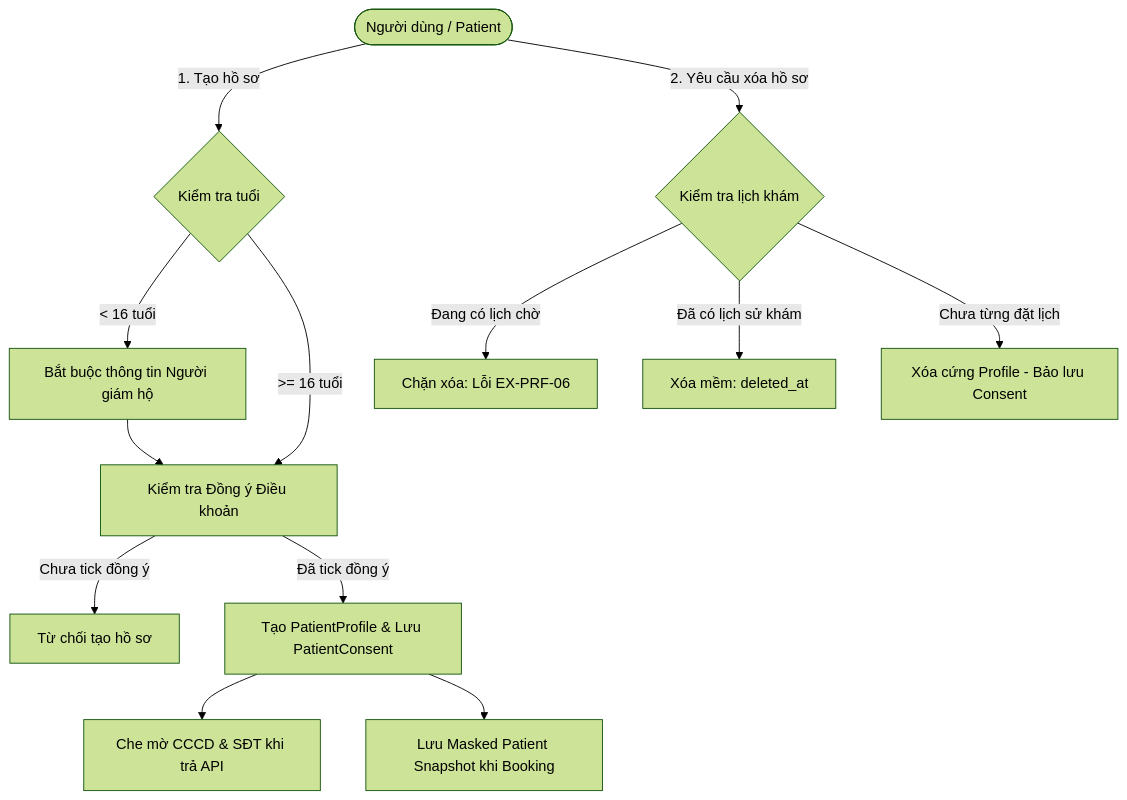
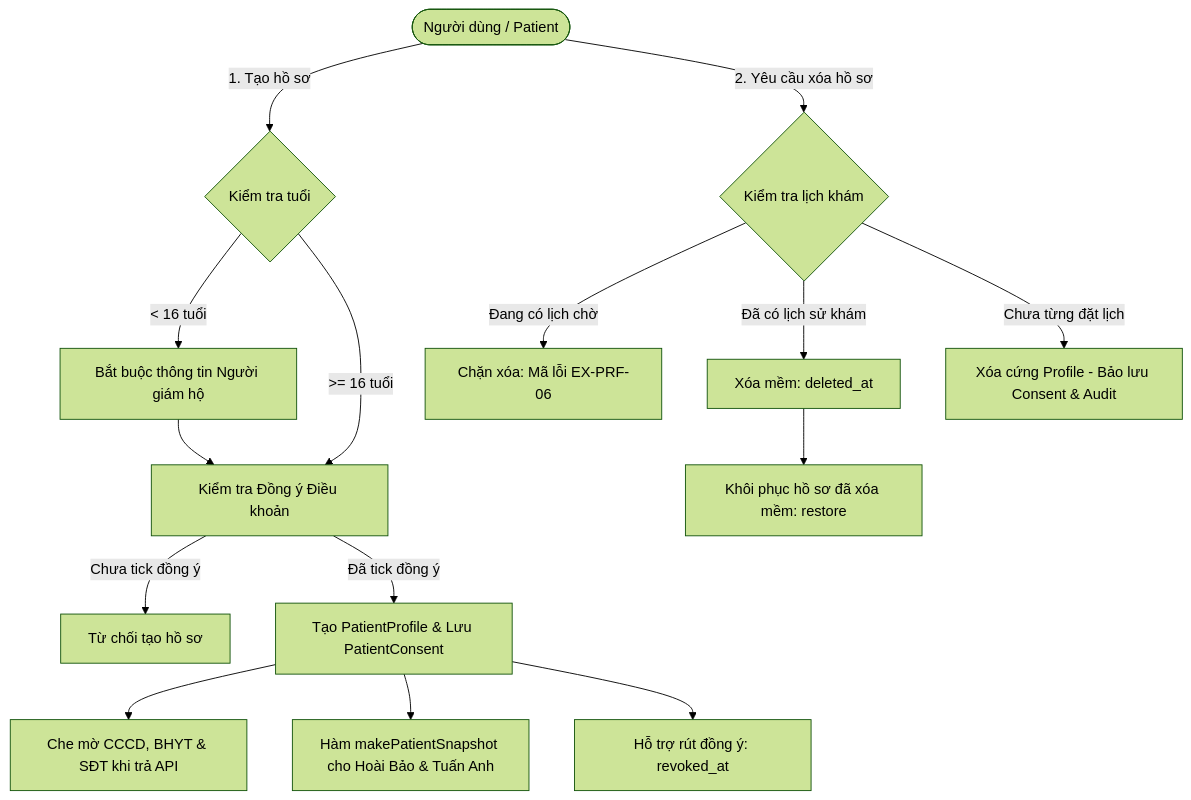
The diagram in web/project/sprint 4/README.md (snowflake-vibing/KnowledgeLibrary), drawn with Mermaid (forest theme) before and after one commit. The commit also changed other lines of this file and 4 other files, not shown here.

Commit message:
docs(sprint4): align documentation with Sprint 4 requirement and ERD v1.1 PDFs

````diff
--- a/web/project/sprint 4/README.md
+++ b/web/project/sprint 4/README.md
@@ -16,17 +16,19 @@
 ```mermaid
 flowchart TD
     User([Người dùng / Patient]) -->|1. Tạo hồ sơ| FormCheck{Kiểm tra tuổi}
     FormCheck -->|< 16 tuổi| GuardianCheck[Bắt buộc thông tin Người giám hộ]
     FormCheck -->|>= 16 tuổi| ConsentCheck[Kiểm tra Đồng ý Điều khoản]
     GuardianCheck --> ConsentCheck
     ConsentCheck -->|Chưa tick đồng ý| RejectConsent[Từ chối tạo hồ sơ]
     ConsentCheck -->|Đã tick đồng ý| CreateProfile[Tạo PatientProfile & Lưu PatientConsent]
     
-    CreateProfile --> Masking[Che mờ CCCD & SĐT khi trả API]
-    CreateProfile --> Snapshot[Lưu Masked Patient Snapshot khi Booking]
+    CreateProfile --> Masking[Che mờ CCCD, BHYT & SĐT khi trả API]
+    CreateProfile --> Snapshot[Hàm makePatientSnapshot cho Hoài Bảo & Tuấn Anh]
+    CreateProfile --> Revoke[Hỗ trợ rút đồng ý: revoked_at]
     
     User -->|2. Yêu cầu xóa hồ sơ| DeletePolicy{Kiểm tra lịch khám}
-    DeletePolicy -->|Đang có lịch chờ| Block[Chặn xóa: Lỗi EX-PRF-06]
+    DeletePolicy -->|Đang có lịch chờ| Block[Chặn xóa: Mã lỗi EX-PRF-06]
     DeletePolicy -->|Đã có lịch sử khám| SoftDel[Xóa mềm: deleted_at]
-    DeletePolicy -->|Chưa từng đặt lịch| HardDel[Xóa cứng Profile - Bảo lưu Consent]
+    DeletePolicy -->|Chưa từng đặt lịch| HardDel[Xóa cứng Profile - Bảo lưu Consent & Audit]
+    SoftDel --> Restore[Khôi phục hồ sơ đã xóa mềm: restore]
 ```
````
